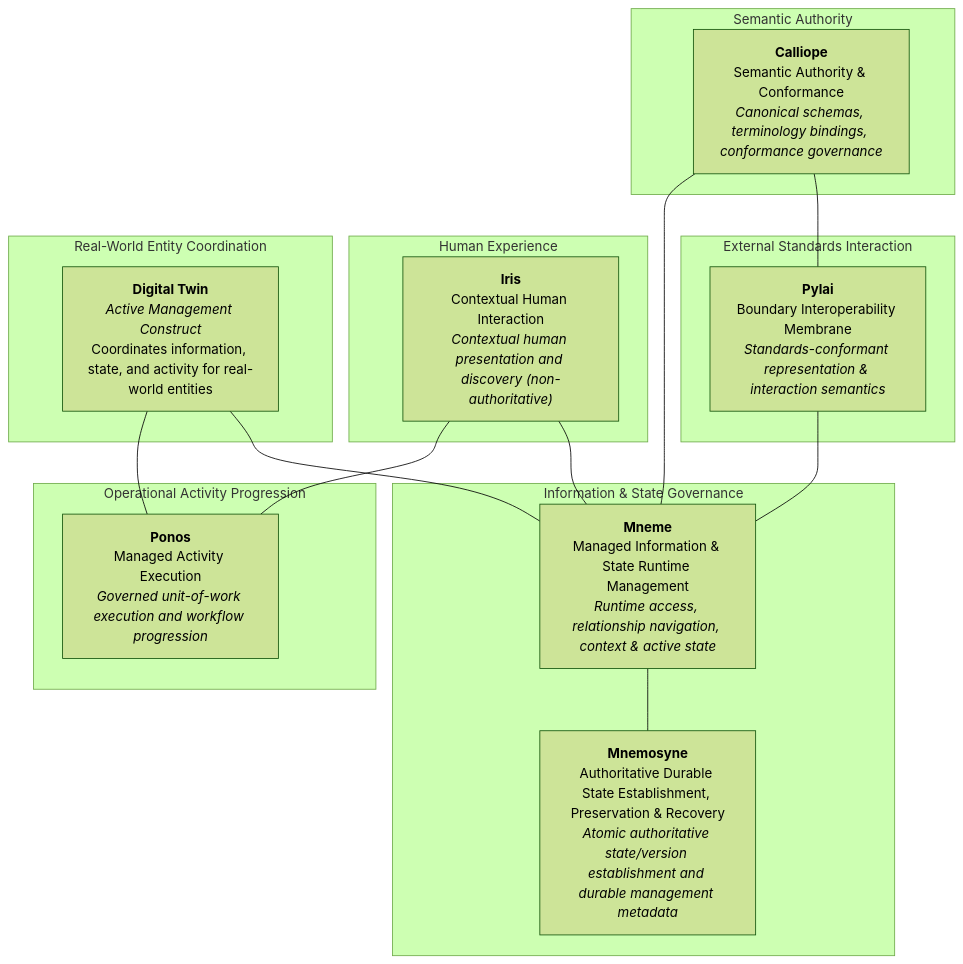
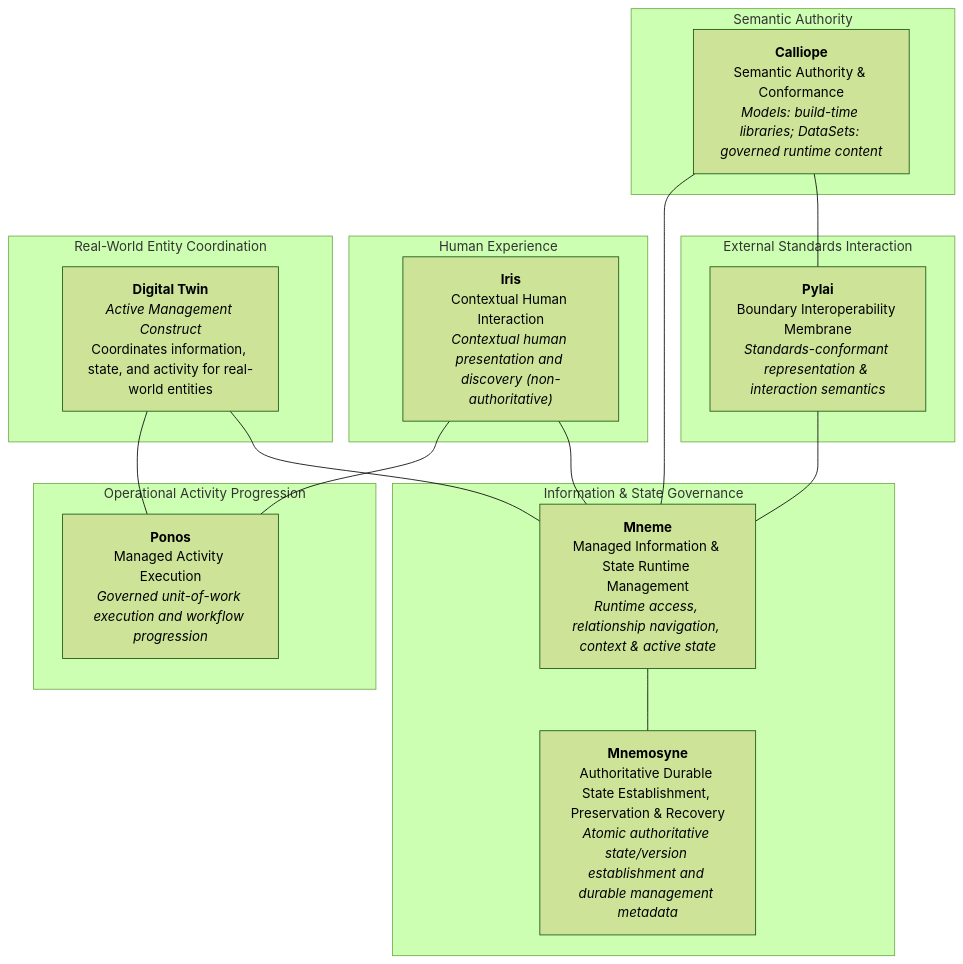
The diagram in docs/markdown/02-strategy/strategic-views/logical-component-responsibilities.md (fhirfactory/harmonia), drawn with Mermaid (forest theme) before and after one commit. The commit also changed other lines of this file and 15 other files, not shown here.

Commit message:
Harmonia Documentation - Domain 05 - Step 1 Candidate Solution Architecture Capture (IX)

````diff
--- a/docs/markdown/02-strategy/strategic-views/logical-component-responsibilities.md
+++ b/docs/markdown/02-strategy/strategic-views/logical-component-responsibilities.md
@@ -519,36 +519,36 @@
 ```mermaid
 graph TD
     subgraph ExternalBoundary ["External Standards Interaction"]
         Pylai["<b>Pylai</b><br/>Boundary Interoperability Membrane<br/><i>Standards-conformant representation & interaction semantics</i>"]
     end
 
     subgraph Semantics ["Semantic Authority"]
-        Calliope["<b>Calliope</b><br/>Semantic Authority & Conformance<br/><i>Canonical schemas, terminology bindings, conformance governance</i>"]
+        Calliope["<b>Calliope</b><br/>Semantic Authority & Conformance<br/><i>Models: build-time libraries; DataSets: governed runtime content</i>"]
     end
 
     subgraph Presentation ["Human Experience"]
         Iris["<b>Iris</b><br/>Contextual Human Interaction<br/><i>Contextual human presentation and discovery (non-authoritative)</i>"]
     end
 
     subgraph InformationAndState ["Information & State Governance"]
         Mneme["<b>Mneme</b><br/>Managed Information & State Runtime Management<br/><i>Runtime access, relationship navigation, context & active state</i>"]
         Mnemosyne["<b>Mnemosyne</b><br/>Authoritative Durable State Establishment, Preservation & Recovery<br/><i>Atomic authoritative state/version establishment and durable management metadata</i>"]
     end
 
     subgraph Execution ["Operational Activity Progression"]
         Ponos["<b>Ponos</b><br/>Managed Activity Execution<br/><i>Governed unit-of-work execution and workflow progression</i>"]
     end
 
     subgraph Coordination ["Real-World Entity Coordination"]
         DigitalTwin["<b>Digital Twin</b><br/><i>Active Management Construct</i><br/>Coordinates information, state, and activity for real-world entities"]
     end
 
     Iris --- Mneme
     Iris --- Ponos
     Pylai --- Mneme
     DigitalTwin --- Mneme
     DigitalTwin --- Ponos
     Mneme --- Mnemosyne
     Calliope --- Pylai
     Calliope --- Mneme
 ```
````
